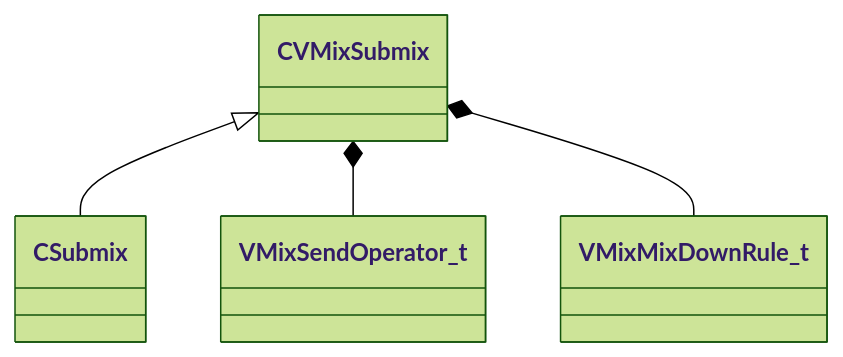
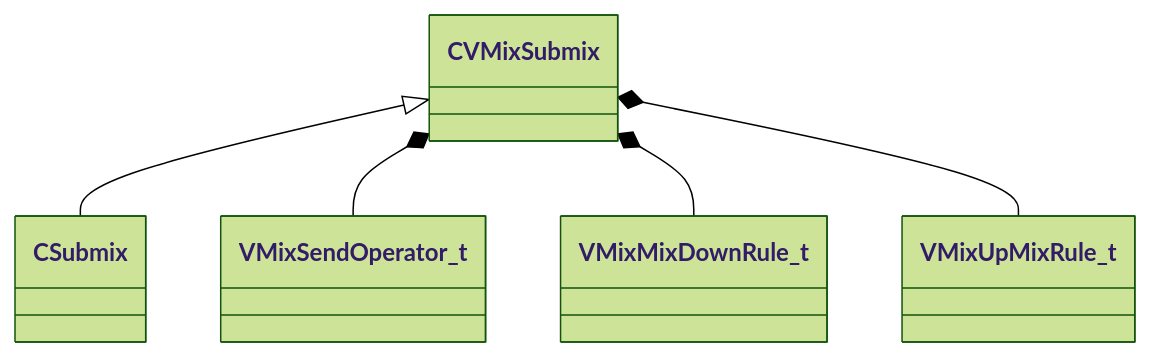
One commit to CS2OpenDev/CS2OpenDev-Docs changed the diagram in docs/generated/schemas/soundsystem_lowlevel/CVMixSubmix.md. Above: the diagram before and after it, drawn with Mermaid (forest theme). The commit also changed other lines of this file and 4318 other files, not shown here.

Commit message:
docs: regenerate for SchemaTracker build 26144732 [skip ci]

````diff
--- a/docs/generated/schemas/soundsystem_lowlevel/CVMixSubmix.md
+++ b/docs/generated/schemas/soundsystem_lowlevel/CVMixSubmix.md
@@ -19,6 +19,7 @@
 ```mermaid
 classDiagram
     CVMixSubmix <|-- CSubmix
     CVMixSubmix *-- VMixSendOperator_t
     CVMixSubmix *-- VMixMixDownRule_t
+    CVMixSubmix *-- VMixUpMixRule_t
 ```
````
